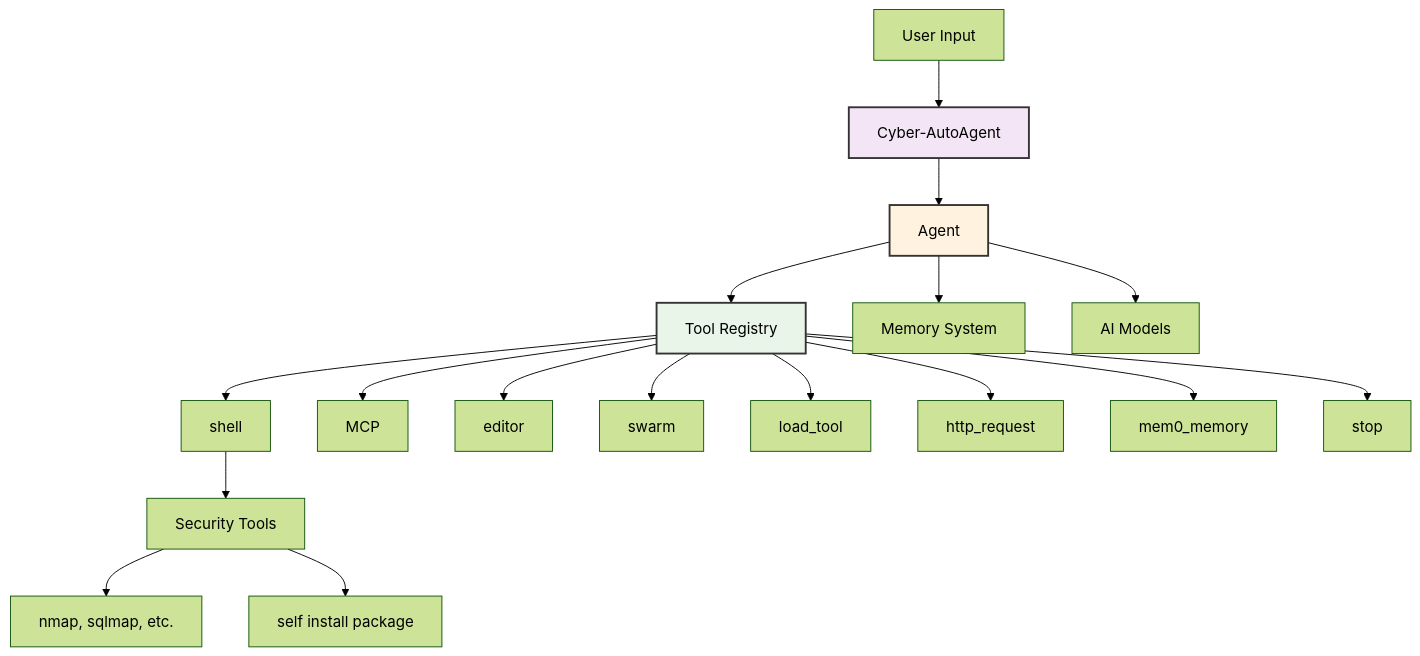
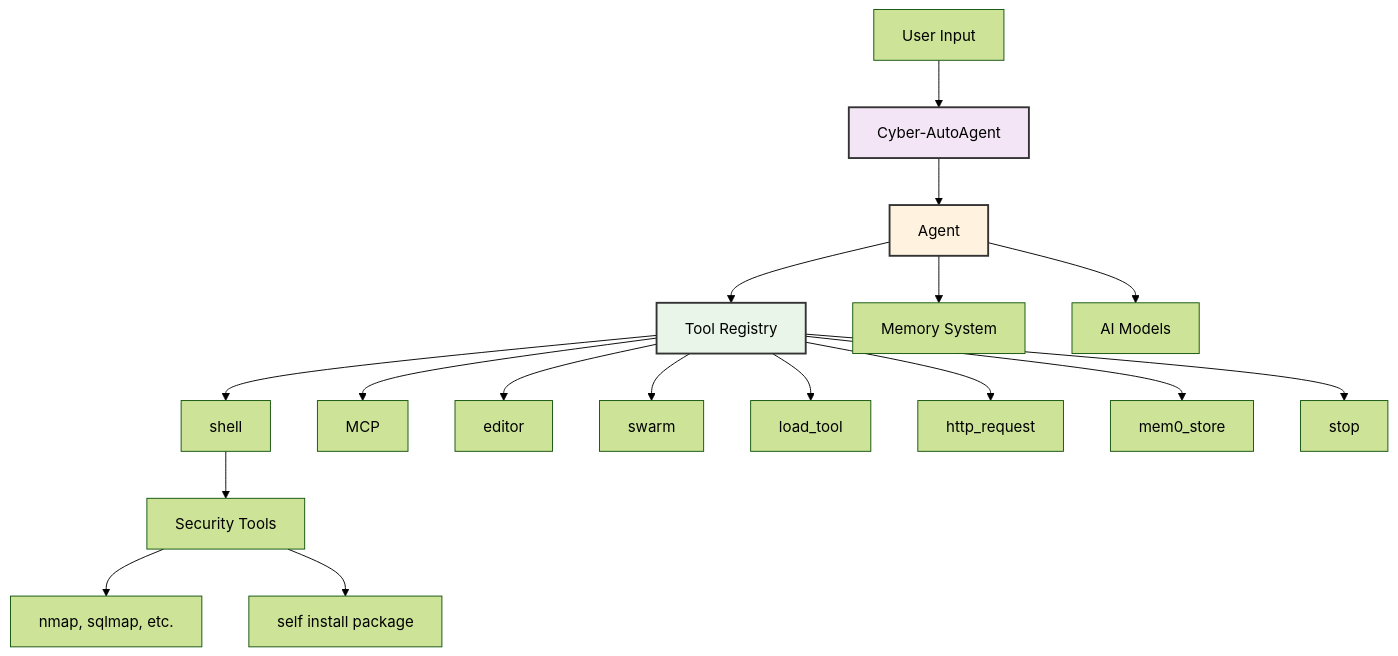
One commit to double16/Cyber-AutoAgent-ng changed the first of 5 diagrams in docs/architecture.md. Above: the diagram before and after it, drawn with Mermaid (forest theme). The commit also changed other lines of this file and 129 other files, not shown here.

````diff
--- a/docs/architecture.md
+++ b/docs/architecture.md
@@ -26,25 +26,25 @@
 ```mermaid
 graph TB
     A[User Input] --> B[Cyber-AutoAgent]
     B --> C[Agent]
     C --> D[Tool Registry]
     C --> E[Memory System]
     C --> F[AI Models]
     
     D --> G[shell]
     D --> Q[MCP]
     D --> H[editor] 
     D --> I[swarm]
     D --> J[load_tool]
     D --> K[http_request]
-    D --> L[mem0_memory]
+    D --> L[mem0_store]
     D --> M[stop]
     
     G --> N[Security Tools]
     N --> O[nmap, sqlmap, etc.]
     N --> P[self install package]
  
     style B fill:#f3e5f5,stroke:#333,stroke-width:2px
     style C fill:#fff3e0,stroke:#333,stroke-width:2px
     style D fill:#e8f5e8,stroke:#333,stroke-width:2px
 ```
````
